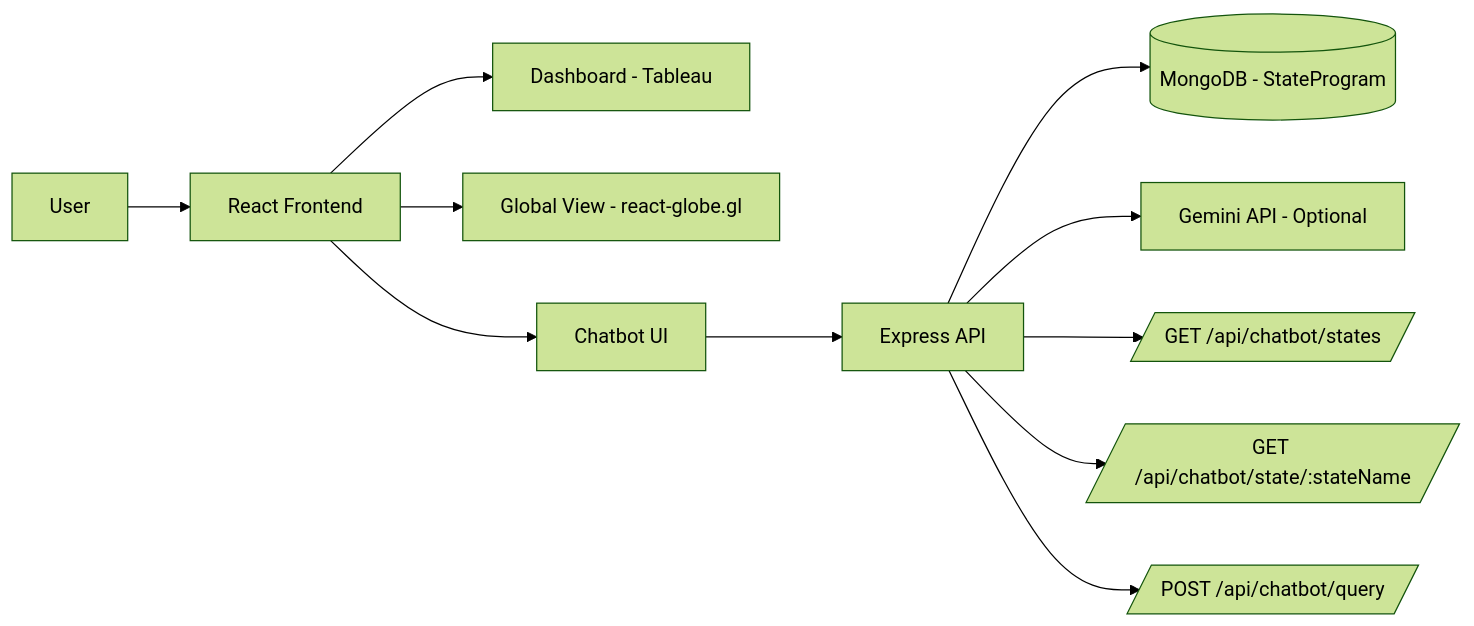
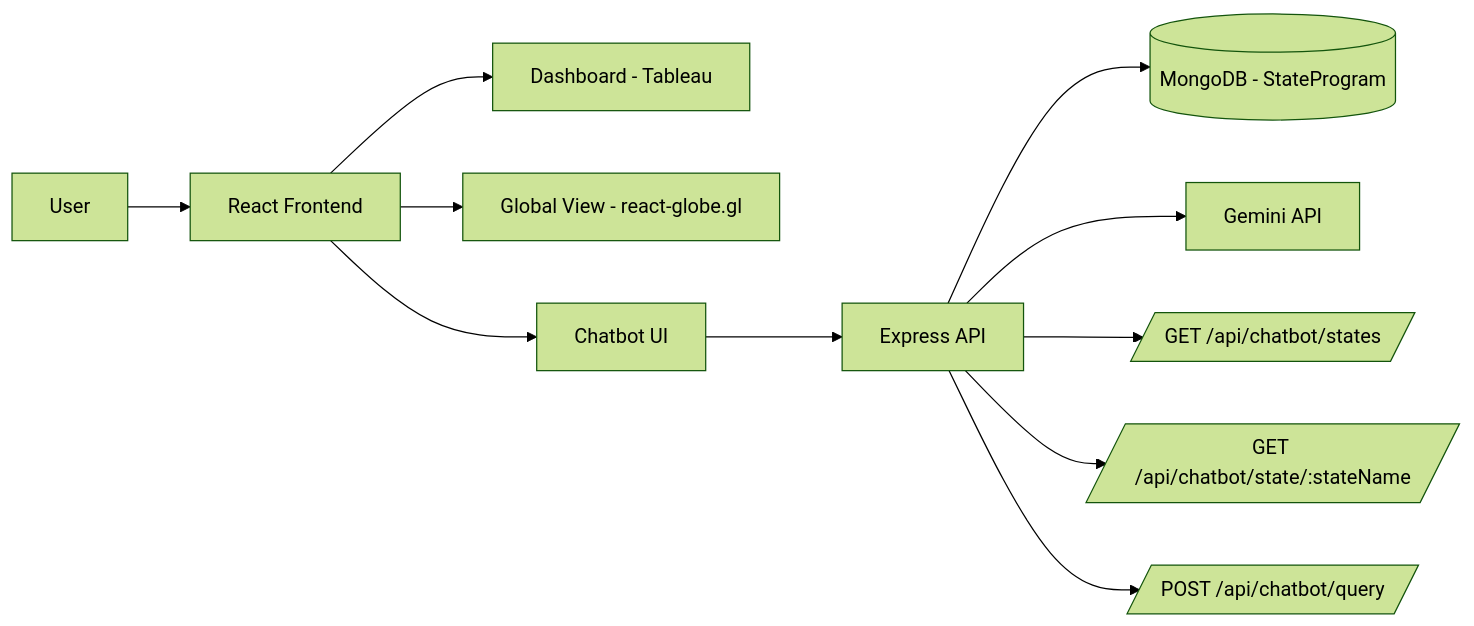
The first of 2 diagrams in README.md (Drasec-Goner/CarbonSense), drawn with Mermaid (forest theme) before and after one commit. The commit also changed other lines of this file and 4 other files, not shown here.

````diff
--- a/README.md
+++ b/README.md
@@ -66,15 +66,15 @@
 ```mermaid
 flowchart LR
     U[User] --> F[React Frontend]
     F --> D[Dashboard - Tableau]
     F --> G[Global View - react-globe.gl]
     F --> C[Chatbot UI]
 
     C --> B[Express API]
     B --> M[(MongoDB - StateProgram)]
-    B --> A[Gemini API - Optional]
+    B --> A[Gemini API]
 
     B --> R1[/GET /api/chatbot/states/]
     B --> R2[/GET /api/chatbot/state/:stateName/]
     B --> R3[/POST /api/chatbot/query/]
 ```
````
